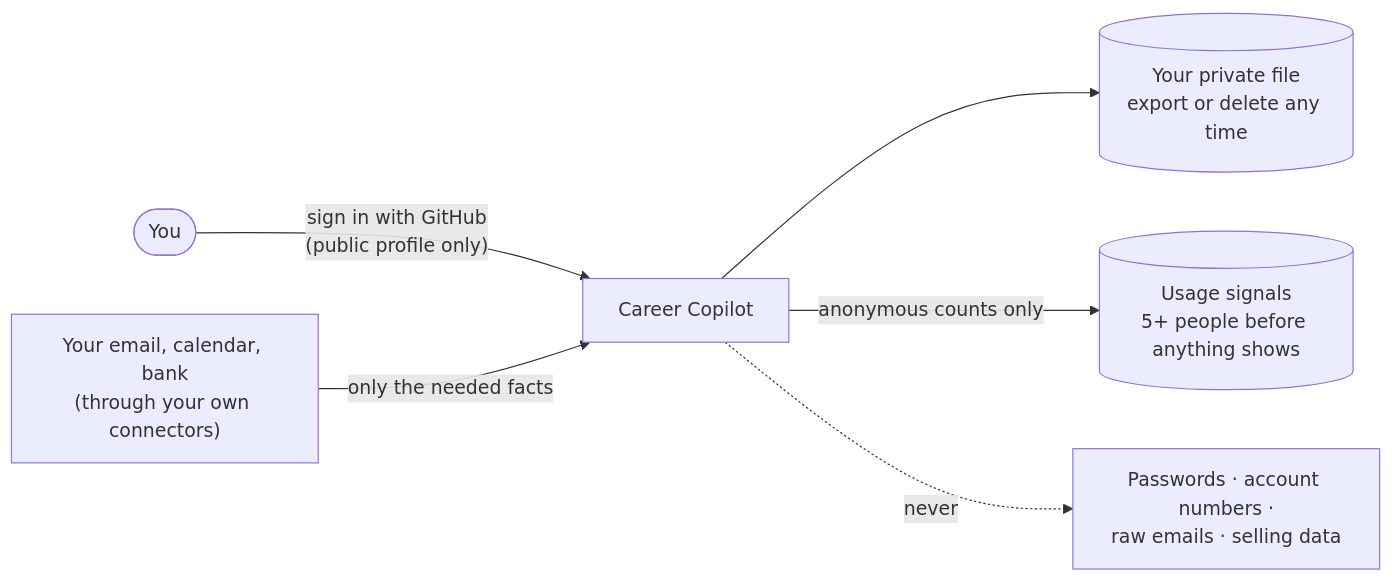
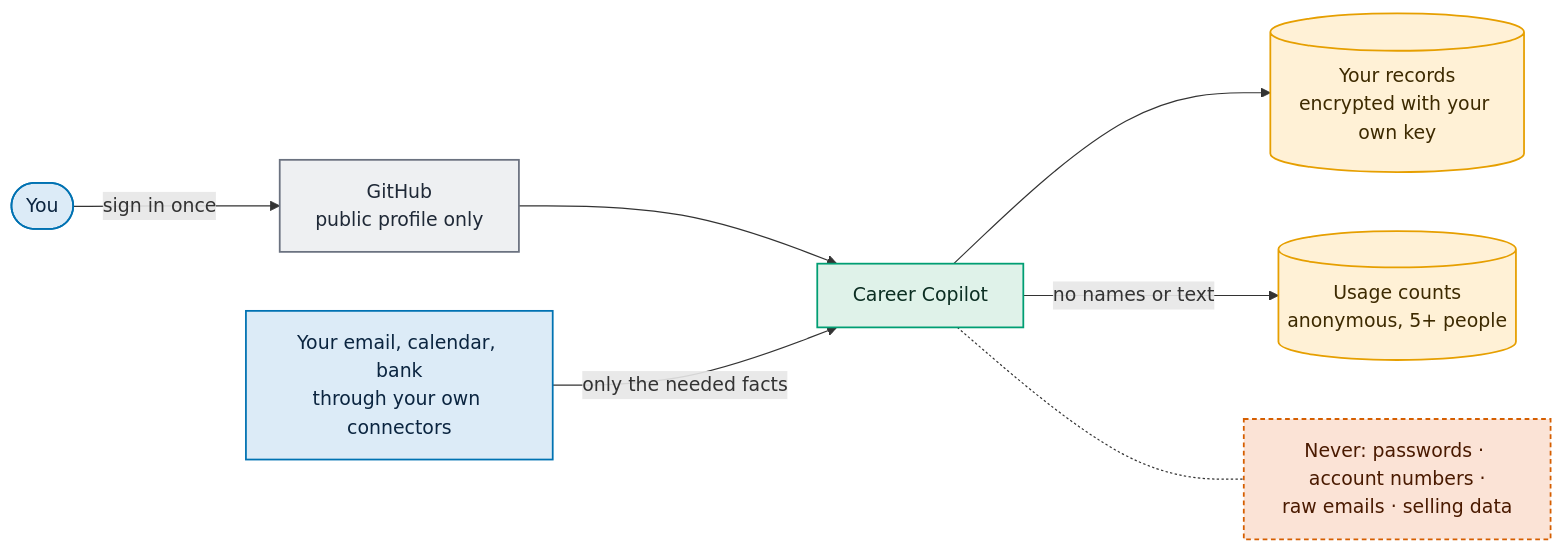
Before and after one commit to TusharSamantaray/career-copilot-mcp: the second of 3 diagrams in README.md, drawn with Mermaid. The commit also changed other lines of this file and 10 other files, not shown here.

First line of the commit message:
docs: engineering notes, current architecture, coloured diagrams

````diff
--- a/README.md
+++ b/README.md
@@ -148,8 +159,22 @@
 ```mermaid
 flowchart LR
-  you(["You"]) -- "sign in with GitHub<br/>(public profile only)" --> cc["Career Copilot"]
-  src["Your email, calendar, bank<br/>(through your own connectors)"] -- "only the needed facts" --> cc
-  cc --> store[("Your private file<br/>export or delete any time")]
-  cc -- "anonymous counts only" --> sig[("Usage signals<br/>5+ people before anything shows")]
-  cc -. "never" .-> x["Passwords · account numbers ·<br/>raw emails · selling data"]
+  classDef person fill:#DCEBF7,stroke:#0072B2,color:#0B2540,stroke-width:1.5px
+  classDef copilot fill:#DFF2E9,stroke:#009E73,color:#0B2E22,stroke-width:1.5px
+  classDef store fill:#FFF1D6,stroke:#E69F00,color:#3D2A00,stroke-width:1.5px
+  classDef ext fill:#EEF0F2,stroke:#6B7280,color:#1F2937,stroke-width:1.5px
+  classDef never fill:#FBE3D6,stroke:#D55E00,color:#4A1A00,stroke-width:1.5px,stroke-dasharray:4 3
+
+  you(["You"]):::person
+  src["Your email, calendar, bank<br/>through your own connectors"]:::person
+  gh["GitHub<br/>public profile only"]:::ext
+  cc["Career Copilot"]:::copilot
+  store[("Your records<br/>encrypted with your own key")]:::store
+  sig[("Usage counts<br/>anonymous, 5+ people")]:::store
+  x["Never: passwords · account numbers ·<br/>raw emails · selling data"]:::never
+
+  you -- "sign in once" --> gh --> cc
+  src -- "only the needed facts" --> cc
+  cc --> store
+  cc -- "no names or text" --> sig
+  cc -.- x
 ```
````
